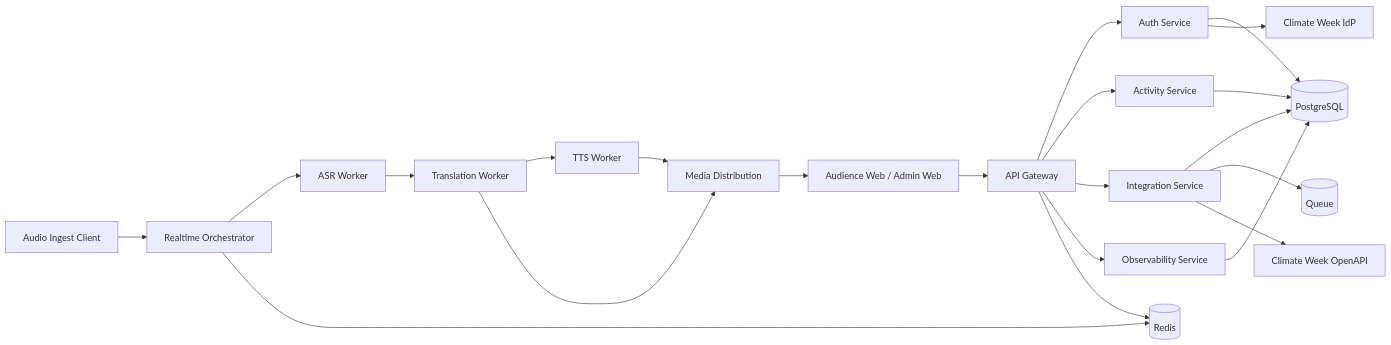
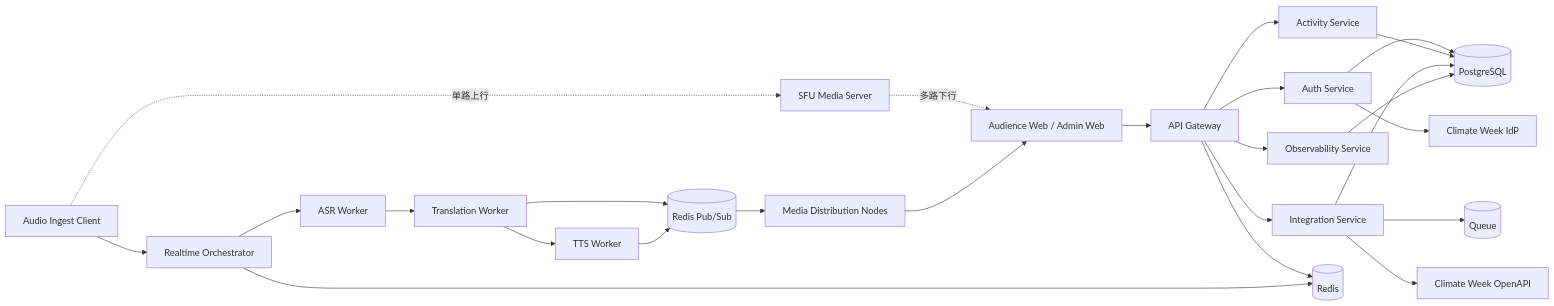
Before and after one commit to sunshinerao/CWcomm: the diagram in docs/system-architecture.md, drawn with Mermaid. The commit also changed other lines of this file and 23 other files, not shown here.

Commit message:
feat: Upgrade to Redis broadcast & SFU Mediasoup with modern React UI

````diff
--- a/docs/system-architecture.md
+++ b/docs/system-architecture.md
@@ -90,24 +91,27 @@
 ```mermaid
 flowchart LR
   A[Audience Web / Admin Web] --> G[API Gateway]
   I[Audio Ingest Client] --> R[Realtime Orchestrator]
   G --> AU[Auth Service]
   G --> AC[Activity Service]
   G --> IN[Integration Service]
   G --> OB[Observability Service]
   R --> ASR[ASR Worker]
   ASR --> TR[Translation Worker]
   TR --> TTS[TTS Worker]
-  TR --> MD[Media Distribution]
-  TTS --> MD
+  TR --> PUB[(Redis Pub/Sub)]
+  TTS --> PUB
+  PUB --> MD[Media Distribution Nodes]
+  I -.单路上行.-> SFU[SFU Media Server]
+  SFU -.多路下行.-> A
   MD --> A
   AU --> DB[(PostgreSQL)]
   AC --> DB
   IN --> DB
   OB --> DB
   G --> RE[(Redis)]
   R --> RE
   IN --> MQ[(Queue)]
   IN --> CW[Climate Week OpenAPI]
   AU --> IDP[Climate Week IdP]
 ```
````
